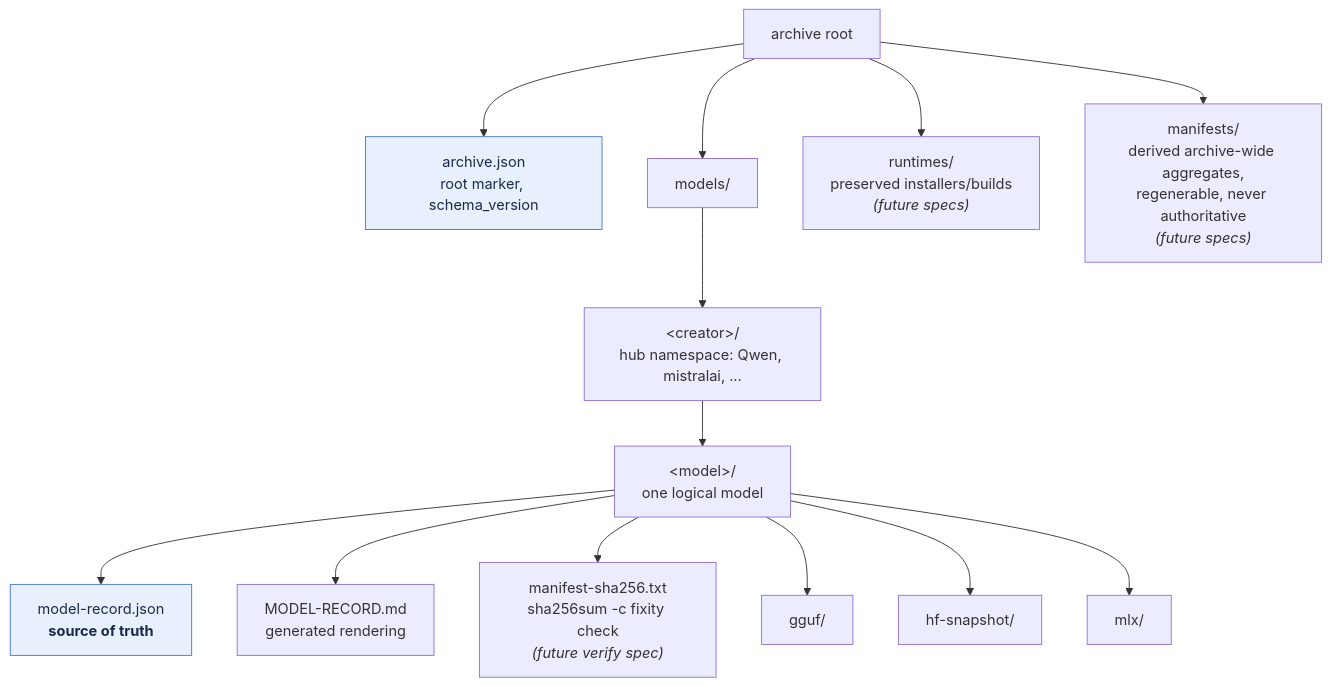
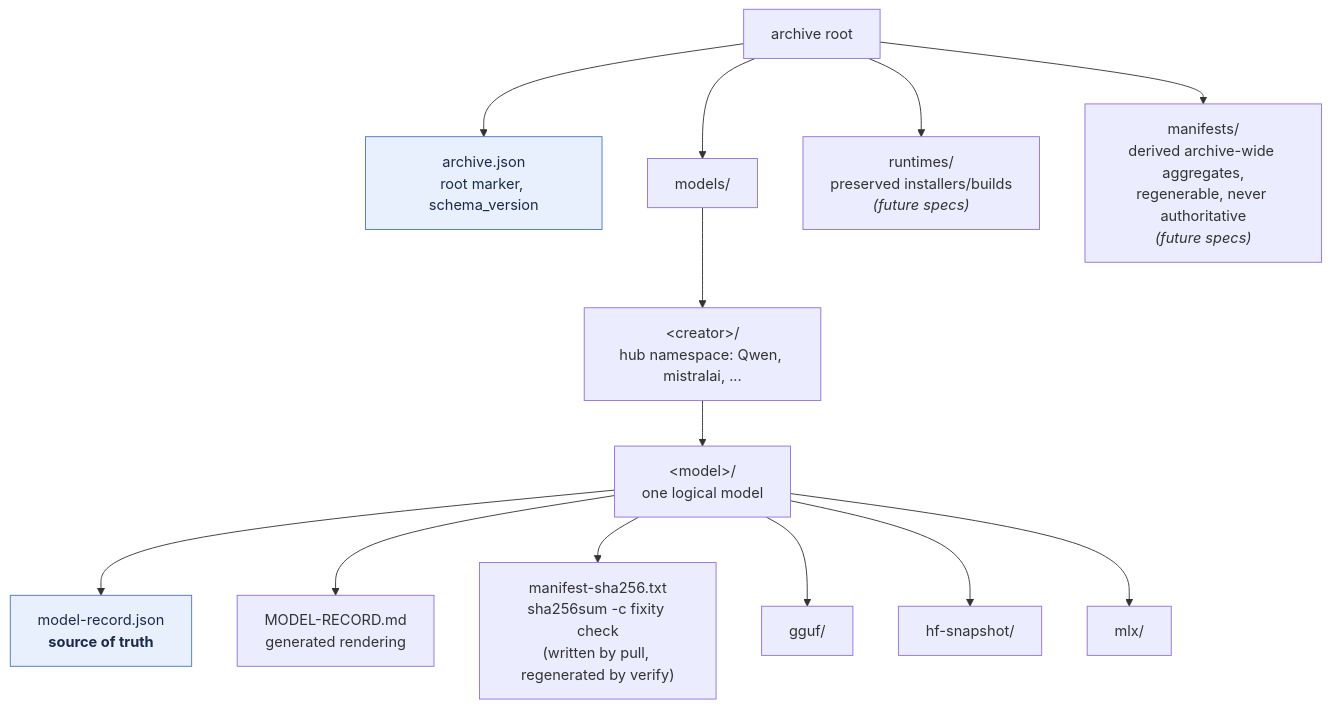
The first of 5 diagrams in docs/data-structures.md (bbirkinbine/llm-preserver), drawn with Mermaid before and after one commit. The commit also changed other lines of this file and 19 other files, not shown here.

First line of the commit message:
Add verify: whole-archive fixity audit against records (spec 0009)

````diff
--- a/docs/data-structures.md
+++ b/docs/data-structures.md
@@ -23,20 +23,20 @@
 ```mermaid
 graph TD
     ROOT["archive root"] --> MARKER["archive.json<br/>root marker, schema_version"]
     ROOT --> MODELS["models/"]
     ROOT --> RUNTIMES["runtimes/<br/>preserved installers/builds<br/><i>(future specs)</i>"]
     ROOT --> MANIFESTS["manifests/<br/>derived archive-wide aggregates,<br/>regenerable, never authoritative<br/><i>(future specs)</i>"]
 
     MODELS --> CREATOR["&lt;creator&gt;/<br/>hub namespace: Qwen, mistralai, ..."]
     CREATOR --> MODEL["&lt;model&gt;/<br/>one logical model"]
 
     MODEL --> RECORD["model-record.json<br/><b>source of truth</b>"]
     MODEL --> RENDERED["MODEL-RECORD.md<br/>generated rendering"]
-    MODEL --> SHA["manifest-sha256.txt<br/>sha256sum -c fixity check<br/><i>(future verify spec)</i>"]
+    MODEL --> SHA["manifest-sha256.txt<br/>sha256sum -c fixity check<br/>(written by pull, regenerated by verify)"]
     MODEL --> GGUF["gguf/"]
     MODEL --> HF["hf-snapshot/"]
     MODEL --> MLX["mlx/"]
 
     style RECORD fill:#e8f0fe,stroke:#4a76c9,color:#1a2b4a
     style MARKER fill:#e8f0fe,stroke:#4a76c9,color:#1a2b4a
 ```
````
